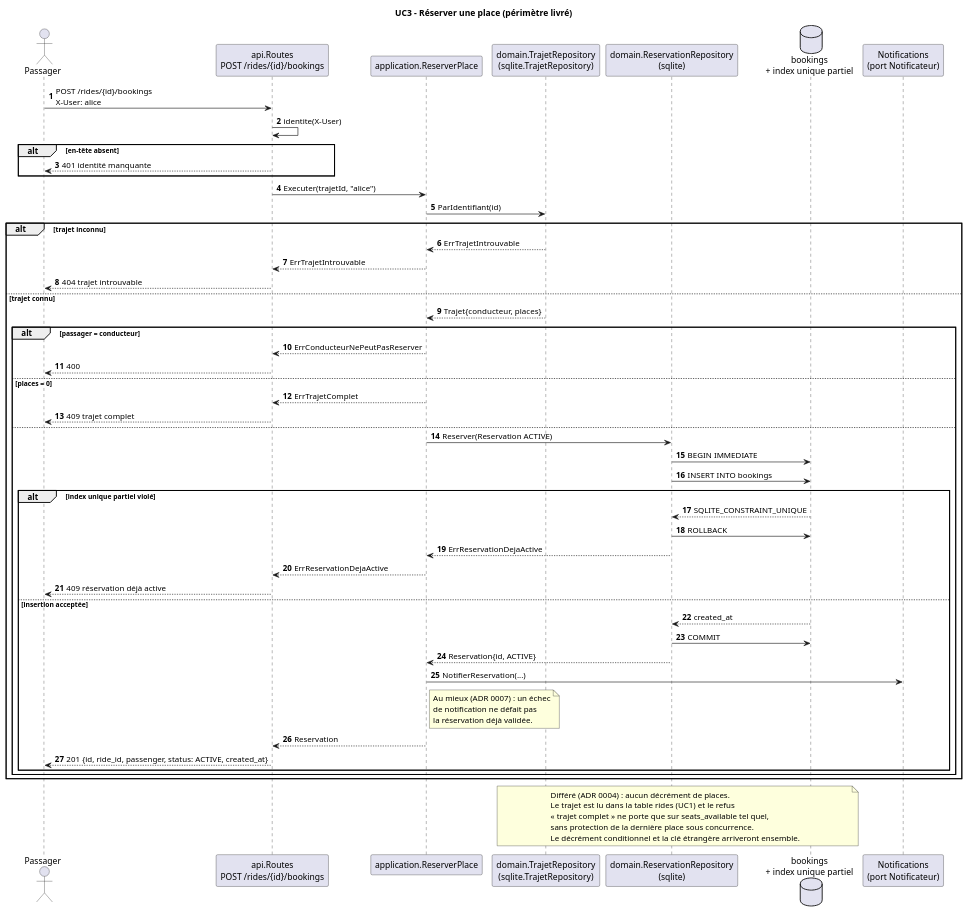
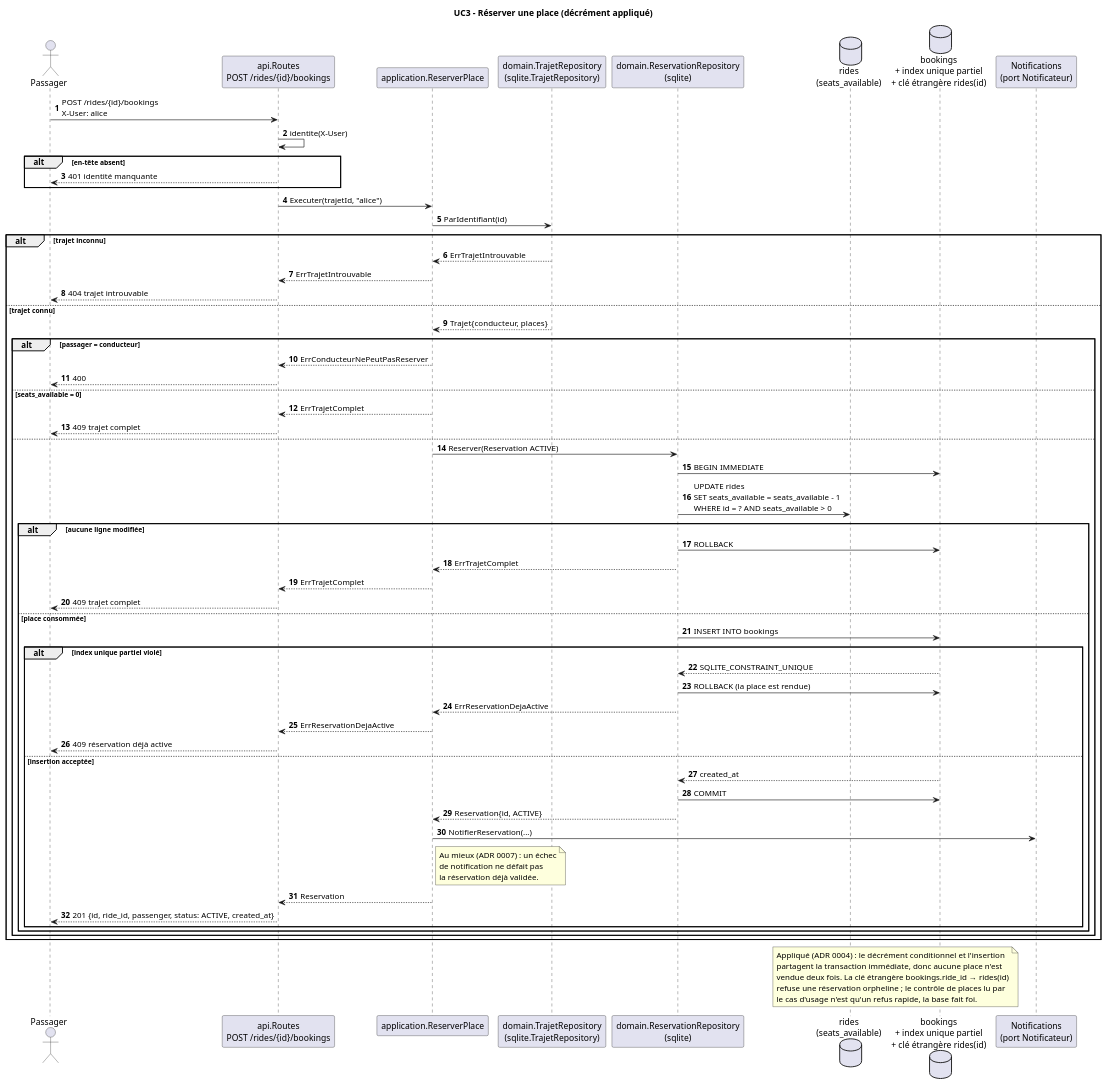
One commit to alaa-ilehi/Wasalni changed the diagram in docs/uml/uc3-sequence.puml. Above: the diagram before and after it, drawn with PlantUML. The commit also changed 11 other files, not shown here.

First line of the commit message:
uc3: décrément atomique des places et clé étrangère des réservations

```diff
--- a/docs/uml/uc3-sequence.puml
+++ b/docs/uml/uc3-sequence.puml
@@ -1,67 +1,76 @@
 @startuml uc3-sequence
-title UC3 - Réserver une place (périmètre livré)
+title UC3 - Réserver une place (décrément appliqué)
 autonumber
 
 actor "Passager" as Passager
 participant "api.Routes\nPOST /rides/{id}/bookings" as API
 participant "application.ReserverPlace" as UC
 participant "domain.TrajetRepository\n(sqlite.TrajetRepository)" as Trajets
 participant "domain.ReservationRepository\n(sqlite)" as Reservations
-database "bookings\n+ index unique partiel" as DB
+database "rides\n(seats_available)" as Rides
+database "bookings\n+ index unique partiel\n+ clé étrangère rides(id)" as DB
 participant "Notifications\n(port Notificateur)" as Notif
 
 Passager -> API : POST /rides/{id}/bookings\nX-User: alice
 API -> API : identite(X-User)
 alt en-tête absent
   API --> Passager : 401 identité manquante
 end
 
 API -> UC : Executer(trajetId, "alice")
 UC -> Trajets : ParIdentifiant(id)
 alt trajet inconnu
   Trajets --> UC : ErrTrajetIntrouvable
   UC --> API : ErrTrajetIntrouvable
   API --> Passager : 404 trajet introuvable
 else trajet connu
   Trajets --> UC : Trajet{conducteur, places}
   alt passager = conducteur
     UC --> API : ErrConducteurNePeutPasReserver
     API --> Passager : 400
-  else places = 0
+  else seats_available = 0
     UC --> API : ErrTrajetComplet
     API --> Passager : 409 trajet complet
   else
     UC -> Reservations : Reserver(Reservation ACTIVE)
     Reservations -> DB : BEGIN IMMEDIATE
-    Reservations -> DB : INSERT INTO bookings
-    alt index unique partiel violé
-      DB --> Reservations : SQLITE_CONSTRAINT_UNIQUE
+    Reservations -> Rides : UPDATE rides\nSET seats_available = seats_available - 1\nWHERE id = ? AND seats_available > 0
+    alt aucune ligne modifiée
       Reservations -> DB : ROLLBACK
-      Reservations --> UC : ErrReservationDejaActive
-      UC --> API : ErrReservationDejaActive
-      API --> Passager : 409 réservation déjà active
-    else insertion acceptée
-      DB --> Reservations : created_at
-      Reservations -> DB : COMMIT
-      Reservations --> UC : Reservation{id, ACTIVE}
-      UC -> Notif : NotifierReservation(...)
-      note right of UC
-        Au mieux (ADR 0007) : un échec
-        de notification ne défait pas
-        la réservation déjà validée.
-      end note
-      UC --> API : Reservation
-      API --> Passager : 201 {id, ride_id, passenger, status: ACTIVE, created_at}
+      Reservations --> UC : ErrTrajetComplet
+      UC --> API : ErrTrajetComplet
+      API --> Passager : 409 trajet complet
+    else place consommée
+      Reservations -> DB : INSERT INTO bookings
+      alt index unique partiel violé
+        DB --> Reservations : SQLITE_CONSTRAINT_UNIQUE
+        Reservations -> DB : ROLLBACK (la place est rendue)
+        Reservations --> UC : ErrReservationDejaActive
+        UC --> API : ErrReservationDejaActive
+        API --> Passager : 409 réservation déjà active
+      else insertion acceptée
+        DB --> Reservations : created_at
+        Reservations -> DB : COMMIT
+        Reservations --> UC : Reservation{id, ACTIVE}
+        UC -> Notif : NotifierReservation(...)
+        note right of UC
+          Au mieux (ADR 0007) : un échec
+          de notification ne défait pas
+          la réservation déjà validée.
+        end note
+        UC --> API : Reservation
+        API --> Passager : 201 {id, ride_id, passenger, status: ACTIVE, created_at}
+      end
     end
   end
 end
 
-note over Trajets, DB
-  Différé (ADR 0004) : aucun décrément de places.
-  Le trajet est lu dans la table rides (UC1) et le refus
-  « trajet complet » ne porte que sur seats_available tel quel,
-  sans protection de la dernière place sous concurrence.
-  Le décrément conditionnel et la clé étrangère arriveront ensemble.
+note over Rides, DB
+  Appliqué (ADR 0004) : le décrément conditionnel et l'insertion
+  partagent la transaction immédiate, donc aucune place n'est
+  vendue deux fois. La clé étrangère bookings.ride_id → rides(id)
+  refuse une réservation orpheline ; le contrôle de places lu par
+  le cas d'usage n'est qu'un refus rapide, la base fait foi.
 end note
 
 @enduml
```
